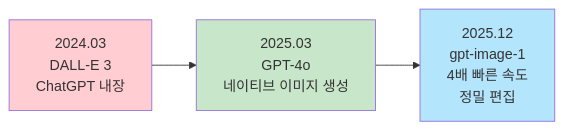
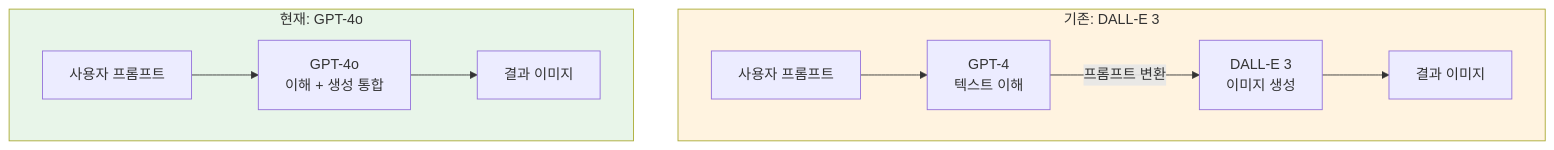
One commit to jsonpassion/forge-tutorial-promptcanvas changed the second of 2 diagrams in 03-ch3-chatgpt-이미지-생성-실전/01-01-gpt-4o-이미지-생성의-특징과-강점.md. Above: the diagram before and after it, drawn with Mermaid. The commit also changed other lines of this file and 63 other files, not shown here.

````diff
--- a/03-ch3-chatgpt-이미지-생성-실전/01-01-gpt-4o-이미지-생성의-특징과-강점.md
+++ b/03-ch3-chatgpt-이미지-생성-실전/01-01-gpt-4o-이미지-생성의-특징과-강점.md
@@ -177,9 +100,16 @@
 ```mermaid
-flowchart LR
-    A["2024.03<br/>DALL-E 3<br/>ChatGPT 내장"] --> B["2025.03<br/>GPT-4o<br/>네이티브 이미지 생성"]
-    B --> C["2025.12<br/>gpt-image-1<br/>4배 빠른 속도<br/>정밀 편집"]
+flowchart TD
+    subgraph before["기존: DALL-E 3"]
+        U1["사용자 프롬프트"] --> G1["GPT-4<br/>텍스트 이해"]
+        G1 --> |"프롬프트 변환"| D1["DALL-E 3<br/>이미지 생성"]
+        D1 --> I1["결과 이미지"]
+    end
 
-    style A fill:#FFCDD2
-    style B fill:#C8E6C9
-    style C fill:#B3E5FC
+    subgraph after["현재: GPT-4o"]
+        U2["사용자 프롬프트"] --> G2["GPT-4o<br/>이해 + 생성 통합"]
+        G2 --> I2["결과 이미지"]
+    end
+
+    style before fill:#FFF3E0,color:#333
+    style after fill:#E8F5E9,color:#333
 ```
````
